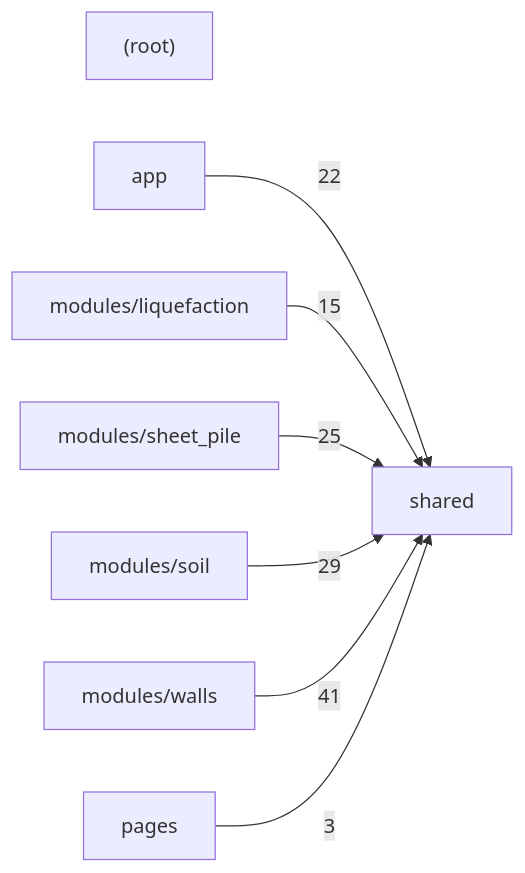
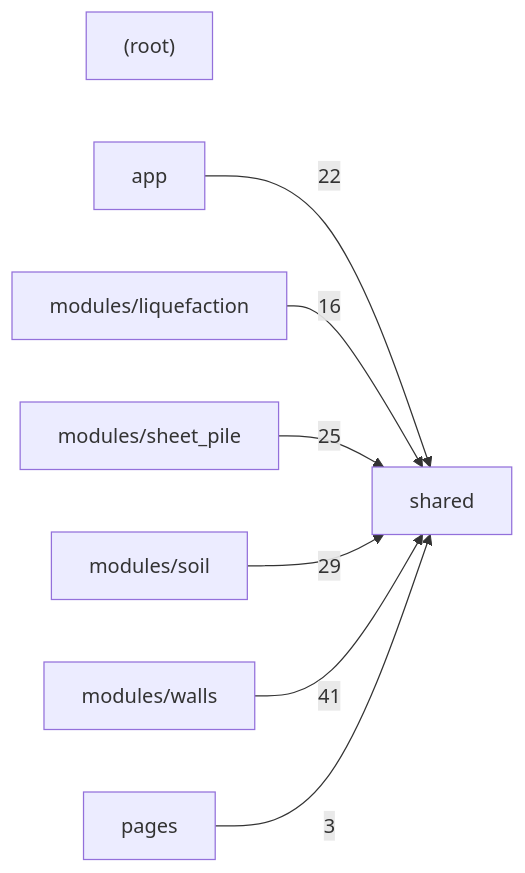
The second of 2 diagrams in docs/CODE_MAP.md (umutsertkaya/Foundation_Engineering_Program), drawn with Mermaid before and after one commit. The commit also changed other lines of this file and 8 other files, not shown here.

Commit message:
Liquefaction results: detail table and FS, CSR/CRR depth charts

````diff
--- a/docs/CODE_MAP.md
+++ b/docs/CODE_MAP.md
@@ -530,17 +530,17 @@
 ```mermaid
 graph LR
   _root_["(root)"]
   app["app"]
   modules_liquefaction["modules/liquefaction"]
   modules_sheet_pile["modules/sheet_pile"]
   modules_soil["modules/soil"]
   modules_walls["modules/walls"]
   pages["pages"]
   shared["shared"]
   app -->|22| shared
-  modules_liquefaction -->|15| shared
+  modules_liquefaction -->|16| shared
   modules_sheet_pile -->|25| shared
   modules_soil -->|29| shared
   modules_walls -->|41| shared
   pages -->|3| shared
 ```
````
